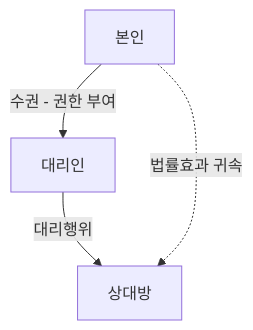
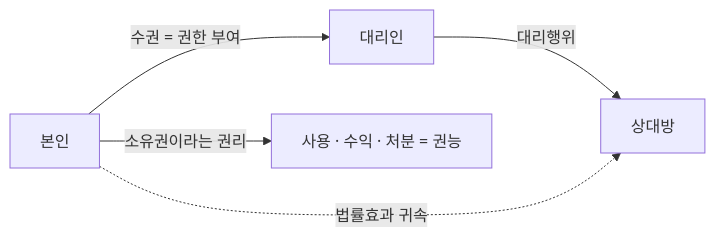
One commit to jihorag/- changed the fifth of 7 diagrams in viewer/public/data/study/civil/units/M01.md. Above: the diagram before and after it, drawn with Mermaid. The commit also changed other lines of this file and 6 other files, not shown here.

````diff
--- a/viewer/public/data/study/civil/units/M01.md
+++ b/viewer/public/data/study/civil/units/M01.md
@@ -1409,6 +2814,7 @@
 ```mermaid
-graph TD
-  A[본인] -- 수권 - 권한 부여 --> B[대리인]
+graph LR
+  A[본인] -- 수권 = 권한 부여 --> B[대리인]
   B -- 대리행위 --> C[상대방]
   A -. 법률효과 귀속 .-> C
+  A -- 소유권이라는 권리 --> D[사용 · 수익 · 처분 = 권능]
 ```
````
